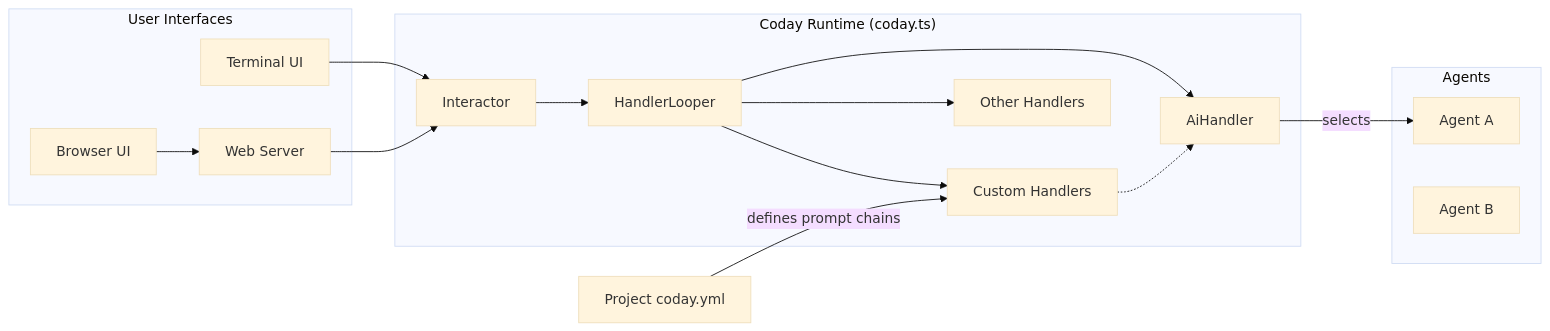
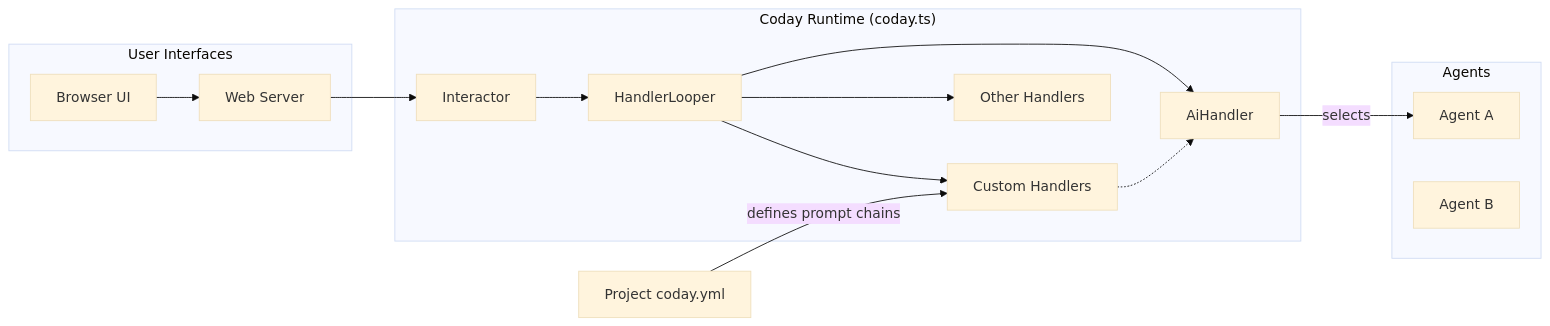
One commit to whoz-oss/coday changed the second of 4 diagrams in docs/to-rework/ARCHITECTURE.md. Above: the diagram before and after it, drawn with Mermaid (base theme). The commit also changed other lines of this file, not shown here.

First line of the commit message:
docs: remove terminal CLI from architecture documentation

````diff
--- a/docs/to-rework/ARCHITECTURE.md
+++ b/docs/to-rework/ARCHITECTURE.md
@@ -75,34 +68,32 @@
 ```mermaid
 graph LR
     subgraph "User Interfaces"
-        Terminal[Terminal UI]
         Browser[Browser UI]
         WebServer[Web Server]
     end
 
     subgraph "Coday Runtime (coday.ts)"
         Interactor
         HandlerLooper
         AiHandler
         CustomHandlers[Custom Handlers]
         OtherHandlers[Other Handlers]
     end
 
     subgraph "Agents"
         AgentA[Agent A]
         AgentB[Agent B]
     end
 
     ProjectConfig[Project coday.yml]
-    Terminal --> Interactor
     Browser --> WebServer
     WebServer --> Interactor
     Interactor --> HandlerLooper
     HandlerLooper --> AiHandler
     HandlerLooper --> OtherHandlers
     HandlerLooper --> CustomHandlers
    ProjectConfig -->|defines prompt chains| CustomHandlers
     CustomHandlers -.-> AiHandler
     AiHandler -->|selects| AgentA
 
 ```
````
